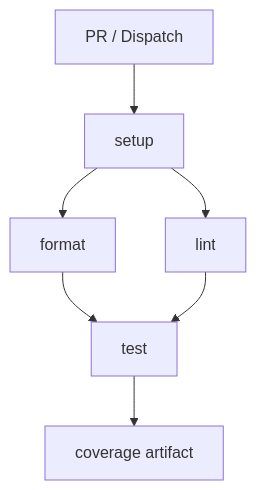
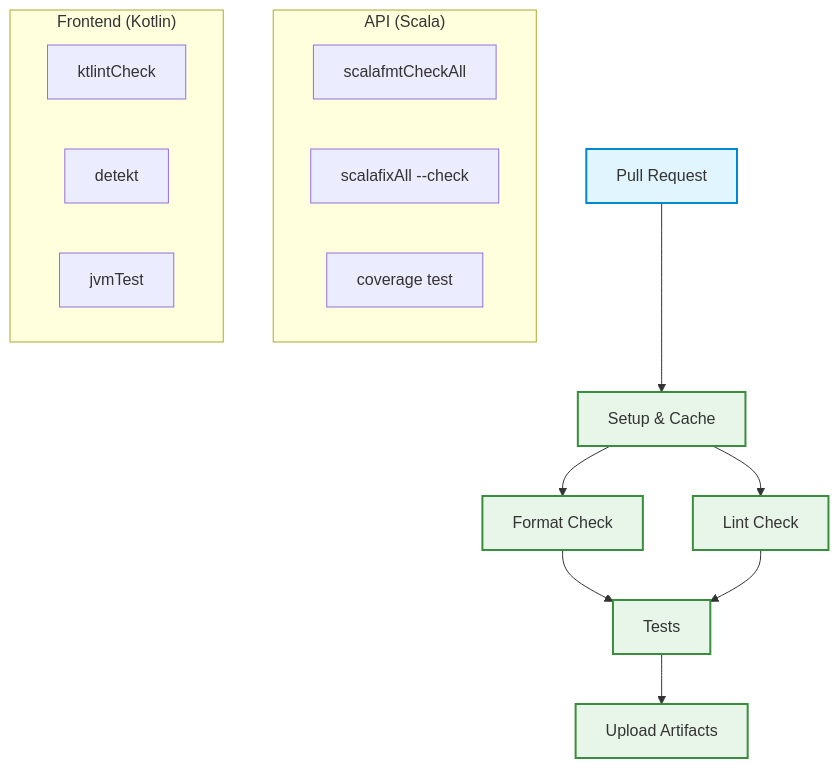
The diagram in docs/Report/DevOps.md (Keyla-TTT/Keyla-REPORT), drawn with Mermaid before and after one commit. The commit also changed other lines of this file, not shown here.

````diff
--- a/docs/Report/DevOps.md
+++ b/docs/Report/DevOps.md
@@ -58,9 +65,26 @@
 ```mermaid
 graph TD
-  A[PR / Dispatch] --> B[setup]
-  B --> C[format]
-  B --> D[lint]
-  C --> E[test]
-  D --> E
-  E --> F[coverage artifact]
+    A[Pull Request] --> B[Setup & Cache]
+    B --> C[Format Check]
+    B --> D[Lint Check]
+    C --> E[Tests]
+    D --> E
+    E --> F[Upload Artifacts]
+    
+    subgraph "API (Scala)"
+        C1[scalafmtCheckAll]
+        D1[scalafixAll --check]
+        E1[coverage test]
+    end
+    
+    subgraph "Frontend (Kotlin)"
+        C2[ktlintCheck]
+        D2[detekt]
+        E2[jvmTest]
+    end
+
+    classDef trigger fill:#e1f5fe,stroke:#0288d1,stroke-width:2px;
+    classDef job fill:#e8f5e9,stroke:#388e3c,stroke-width:2px;
+    class A trigger;
+    class B,C,D,E,F job;
 ```
````
